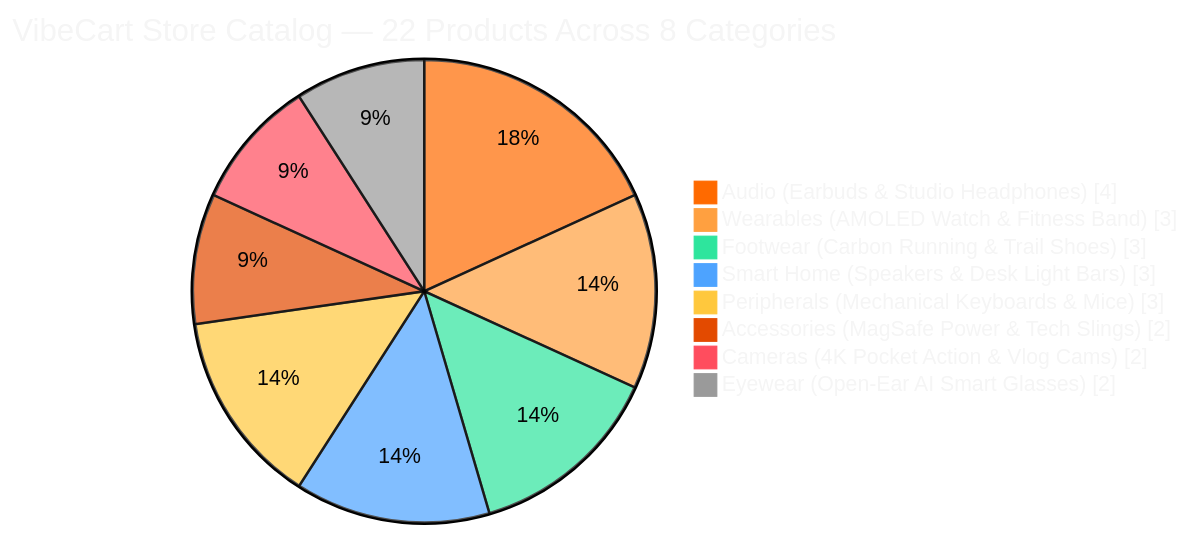
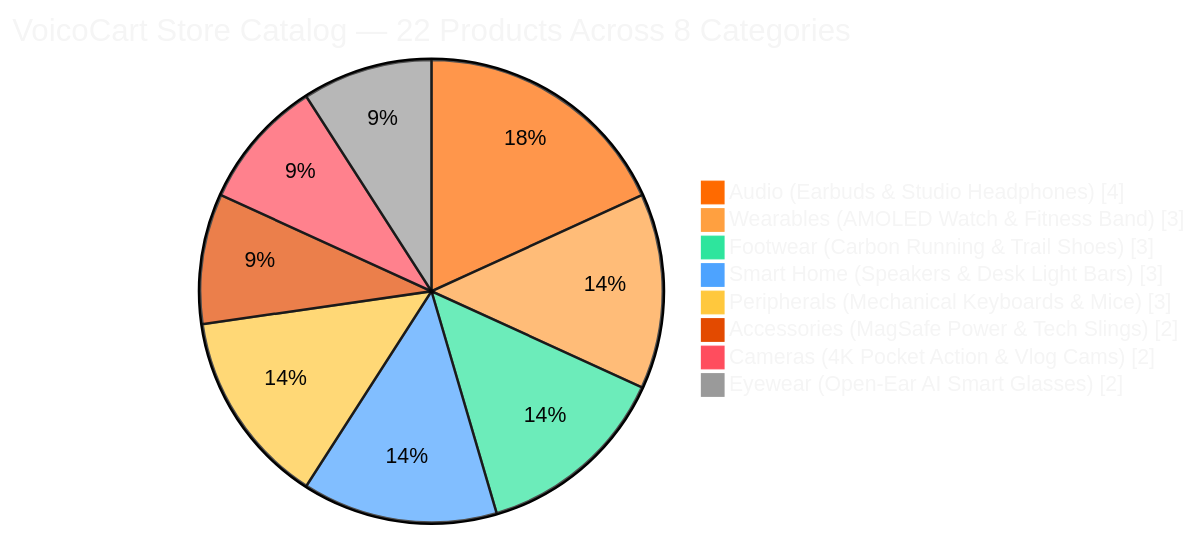
One commit to cognosolution-cpu/buildathon changed the third of 4 diagrams in README.md. Above: the diagram before and after it, drawn with Mermaid. The commit also changed other lines of this file and 33 other files, not shown here.

First line of the commit message:
chore: rename project from VibeCart to VoicoCart

````diff
--- a/README.md
+++ b/README.md
@@ -212,13 +212,13 @@
 ```mermaid
 %%{init: {'theme': 'base', 'themeVariables': { 'background': '#050505', 'primaryColor': '#181717', 'primaryTextColor': '#F5F5F5', 'pie1': '#FF6A00', 'pie2': '#FFA040', 'pie3': '#2EE59D', 'pie4': '#4DA3FF', 'pie5': '#FFC83D', 'pie6': '#E34A00', 'pie7': '#FF4D5E', 'pie8': '#9A9A9A', 'pieStrokeColor': '#050505', 'pieSectionTextColor': '#050505', 'pieLegendTextColor': '#F5F5F5', 'pieTitleTextColor': '#F5F5F5' }}}%%
 pie showData
-    title VibeCart Store Catalog — 22 Products Across 8 Categories
+    title VoicoCart Store Catalog — 22 Products Across 8 Categories
     "Audio (Earbuds & Studio Headphones)" : 4
     "Wearables (AMOLED Watch & Fitness Band)" : 3
     "Footwear (Carbon Running & Trail Shoes)" : 3
     "Smart Home (Speakers & Desk Light Bars)" : 3
     "Peripherals (Mechanical Keyboards & Mice)" : 3
     "Accessories (MagSafe Power & Tech Slings)" : 2
     "Cameras (4K Pocket Action & Vlog Cams)" : 2
     "Eyewear (Open-Ear AI Smart Glasses)" : 2
 ```
````
